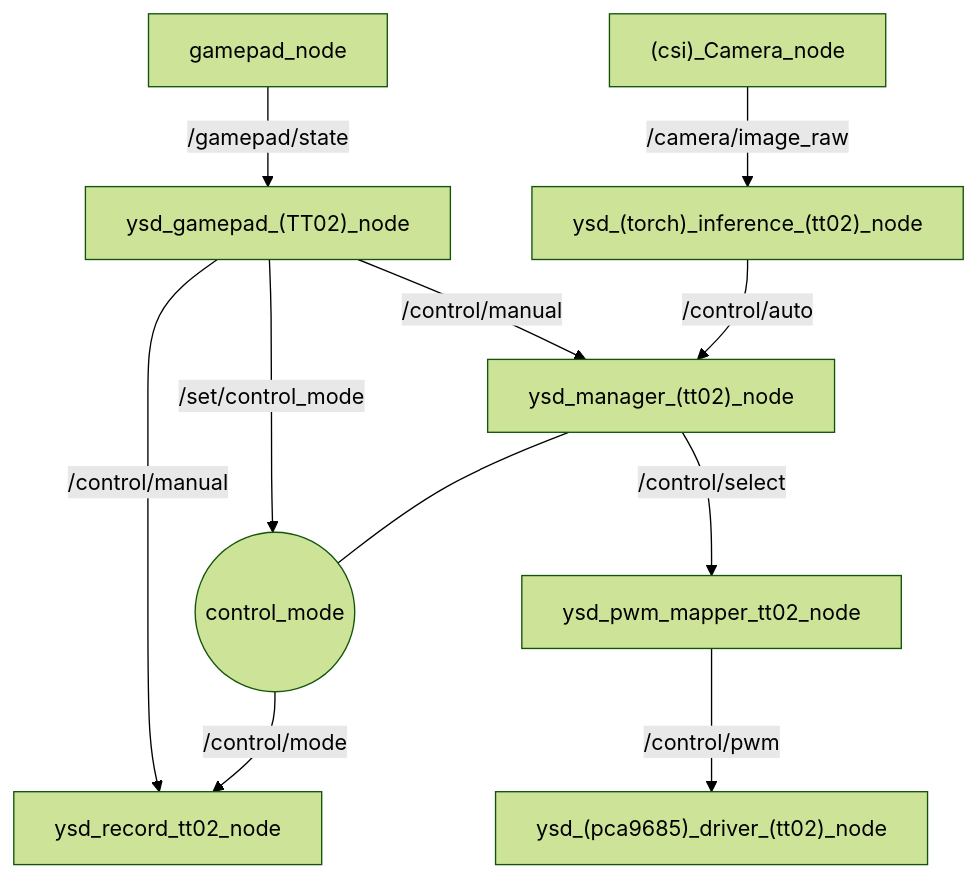
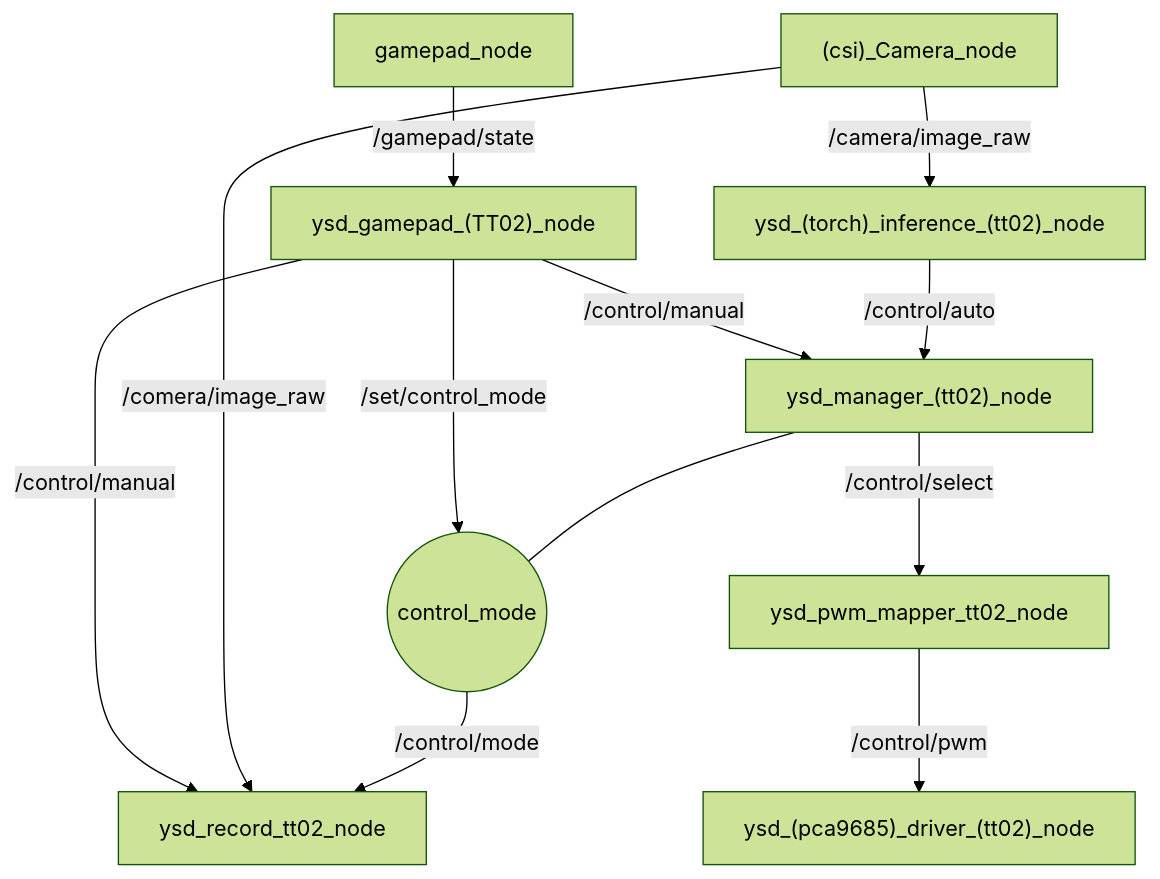
The second of 2 diagrams in README.md (namazyak3/Yoshida-Smart-Driver), drawn with Mermaid (forest theme) before and after one commit.

````diff
--- a/README.md
+++ b/README.md
@@ -52,18 +52,19 @@
 ```mermaid
 graph TD;
     GP["gamepad_node"] -->|/gamepad/state| YGP["ysd_gamepad_(TT02)_node"]
     CAM["(csi)_Camera_node"] -->|/camera/image_raw| INF["ysd_(torch)_inference_(tt02)_node"]
 
     YGP -->|/control/manual| MGR["ysd_manager_(tt02)_node"]
     INF -->|/control/auto| MGR
 
     YGP -->|/set/control_mode| MODE(("control_mode"))
 
     MGR --- MODE
     MGR -->|/control/select| MAP["ysd_pwm_mapper_tt02_node"]
 
     YGP -->|/control/manual| REC["ysd_record_tt02_node"]
+    CAM -->|/comera/image_raw| REC
     MODE -->|/control/mode| REC
 
     MAP -->|/control/pwm| PWMDRV["ysd_(pca9685)_driver_(tt02)_node"]
 ```
````
